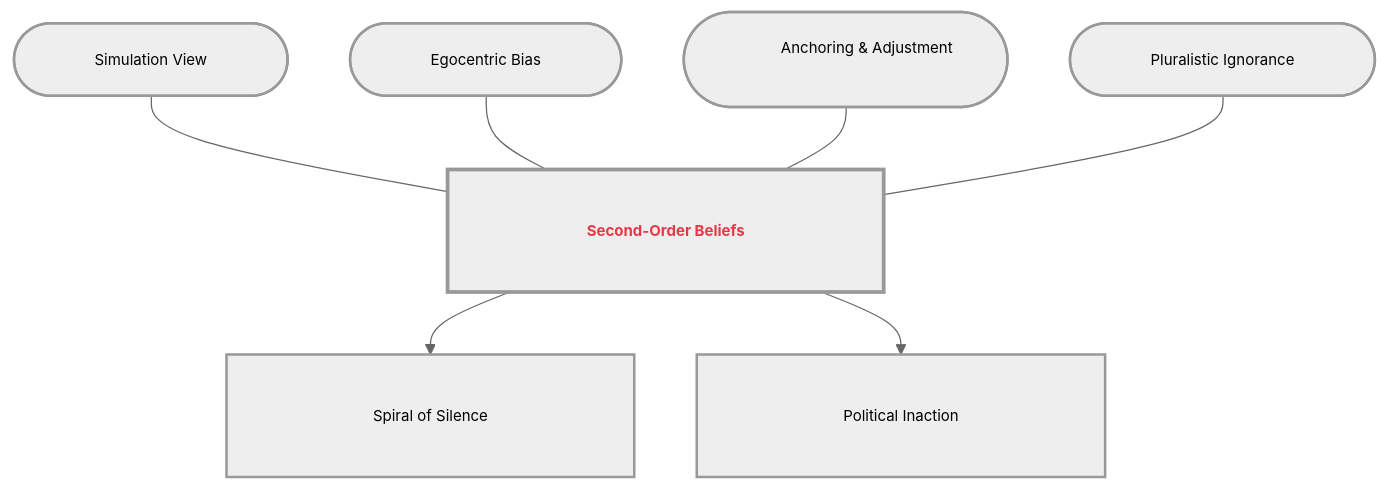
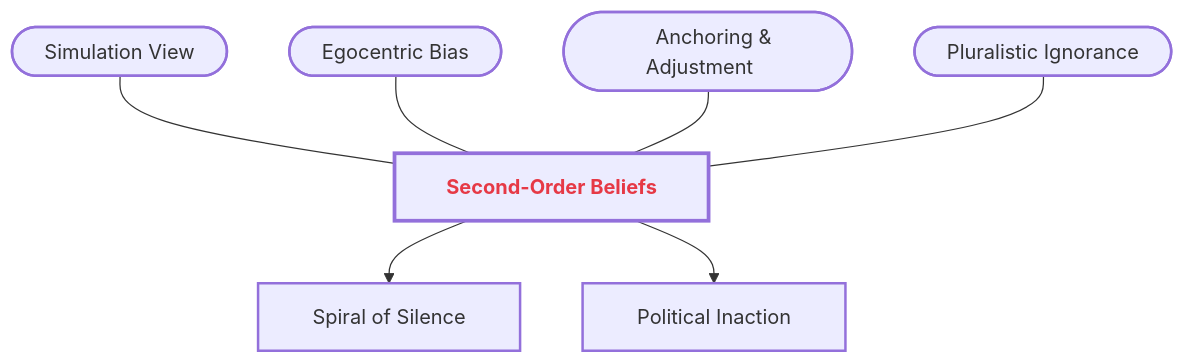
One commit to GM024/CourseSummaries changed the second of 8 diagrams in Communication_Influence/Mastery_Guide_SOW_BS033.md. Above: the diagram before and after it, drawn with Mermaid. The commit also changed other lines of this file, not shown here.

Commit message:
GitHub Native Alignment: Synced font stack and typography for perfect clipping-free fit

````diff
--- a/Communication_Influence/Mastery_Guide_SOW_BS033.md
+++ b/Communication_Influence/Mastery_Guide_SOW_BS033.md
@@ -68,16 +68,16 @@
 ```mermaid
-%%{init: { 'flowchart': { 'padding': 40, 'useMaxWidth': false, 'htmlLabels': true }, 'theme': 'neutral', 'themeVariables': { 'fontSize': '12px' }}}%%
+%%{init: { 'flowchart': { 'useMaxWidth': false, 'htmlLabels': true, 'padding': 20 }, 'theme': 'neutral', 'themeVariables': { 'fontSize': '14px', 'fontFamily': '-apple-system,BlinkMacSystemFont,"Segoe UI",Helvetica,Arial,sans-serif' }}}%%
 graph TD
     classDef sandbox stroke-width:2px;
     classDef hub stroke-width:3px,font-weight:bold;
 
-    Hub["&nbsp;&nbsp;&nbsp;&nbsp;&nbsp;&nbsp;&nbsp;&nbsp;&nbsp;&nbsp; <span style='color:#e63946'><b>Second-Order Beliefs</b></span> &nbsp;&nbsp;&nbsp;&nbsp;&nbsp;&nbsp;&nbsp;&nbsp;&nbsp;&nbsp;"]:::hub
+    Hub["&nbsp;&nbsp; <span style='color:#e63946'><b>Second-Order Beliefs</b></span> &nbsp;&nbsp;"]:::hub
     
-    S1(["&nbsp;&nbsp;&nbsp;&nbsp;&nbsp;&nbsp;&nbsp;&nbsp;&nbsp;&nbsp; Simulation View &nbsp;&nbsp;&nbsp;&nbsp;&nbsp;&nbsp;&nbsp;&nbsp;&nbsp;&nbsp;"]):::sandbox --- Hub
-    S2(["&nbsp;&nbsp;&nbsp;&nbsp;&nbsp;&nbsp;&nbsp;&nbsp;&nbsp;&nbsp; Egocentric Bias &nbsp;&nbsp;&nbsp;&nbsp;&nbsp;&nbsp;&nbsp;&nbsp;&nbsp;&nbsp;"]):::sandbox --- Hub
-    S3(["&nbsp;&nbsp;&nbsp;&nbsp;&nbsp;&nbsp;&nbsp;&nbsp;&nbsp;&nbsp; Anchoring & Adjustment &nbsp;&nbsp;&nbsp;&nbsp;&nbsp;&nbsp;&nbsp;&nbsp;&nbsp;&nbsp;"]):::sandbox --- Hub
-    S4(["&nbsp;&nbsp;&nbsp;&nbsp;&nbsp;&nbsp;&nbsp;&nbsp;&nbsp;&nbsp; Pluralistic Ignorance &nbsp;&nbsp;&nbsp;&nbsp;&nbsp;&nbsp;&nbsp;&nbsp;&nbsp;&nbsp;"]):::sandbox --- Hub
+    S1(["&nbsp;&nbsp; Simulation View &nbsp;&nbsp;"]):::sandbox --- Hub
+    S2(["&nbsp;&nbsp; Egocentric Bias &nbsp;&nbsp;"]):::sandbox --- Hub
+    S3(["&nbsp;&nbsp; Anchoring & Adjustment &nbsp;&nbsp;"]):::sandbox --- Hub
+    S4(["&nbsp;&nbsp; Pluralistic Ignorance &nbsp;&nbsp;"]):::sandbox --- Hub
     
-    Hub --> B1["&nbsp;&nbsp;&nbsp;&nbsp;&nbsp;&nbsp;&nbsp;&nbsp;&nbsp;&nbsp; Spiral of Silence &nbsp;&nbsp;&nbsp;&nbsp;&nbsp;&nbsp;&nbsp;&nbsp;&nbsp;&nbsp;"]:::sandbox
-    Hub --> B2["&nbsp;&nbsp;&nbsp;&nbsp;&nbsp;&nbsp;&nbsp;&nbsp;&nbsp;&nbsp; Political Inaction &nbsp;&nbsp;&nbsp;&nbsp;&nbsp;&nbsp;&nbsp;&nbsp;&nbsp;&nbsp;"]:::sandbox
+    Hub --> B1["&nbsp;&nbsp; Spiral of Silence &nbsp;&nbsp;"]:::sandbox
+    Hub --> B2["&nbsp;&nbsp; Political Inaction &nbsp;&nbsp;"]:::sandbox
 ```
````
